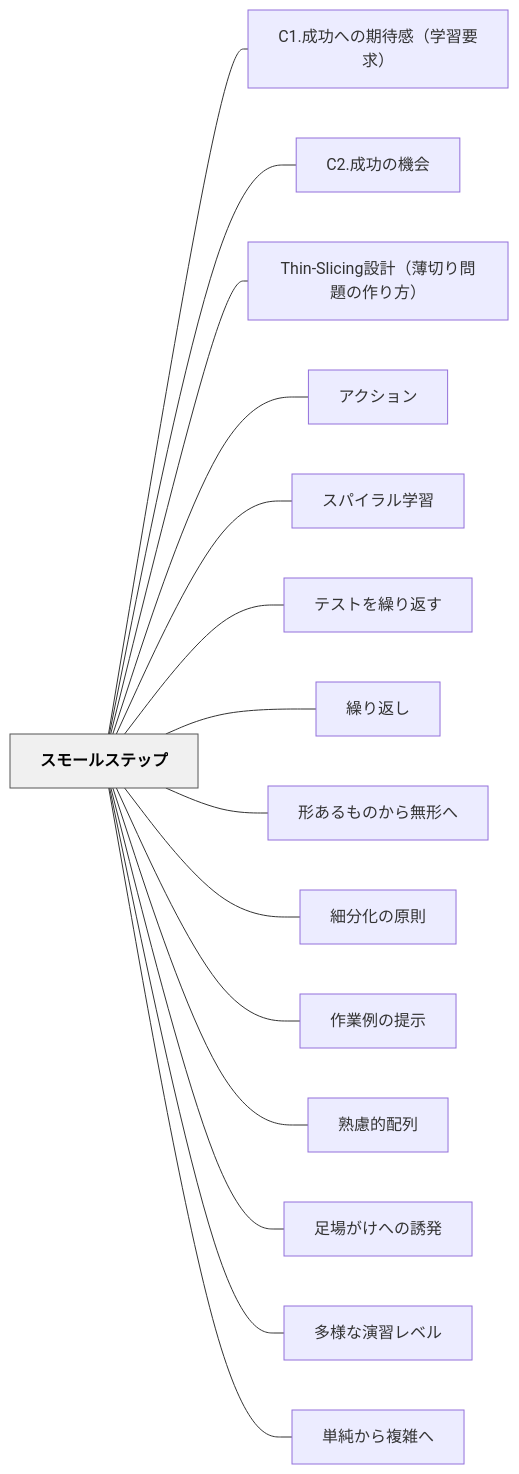
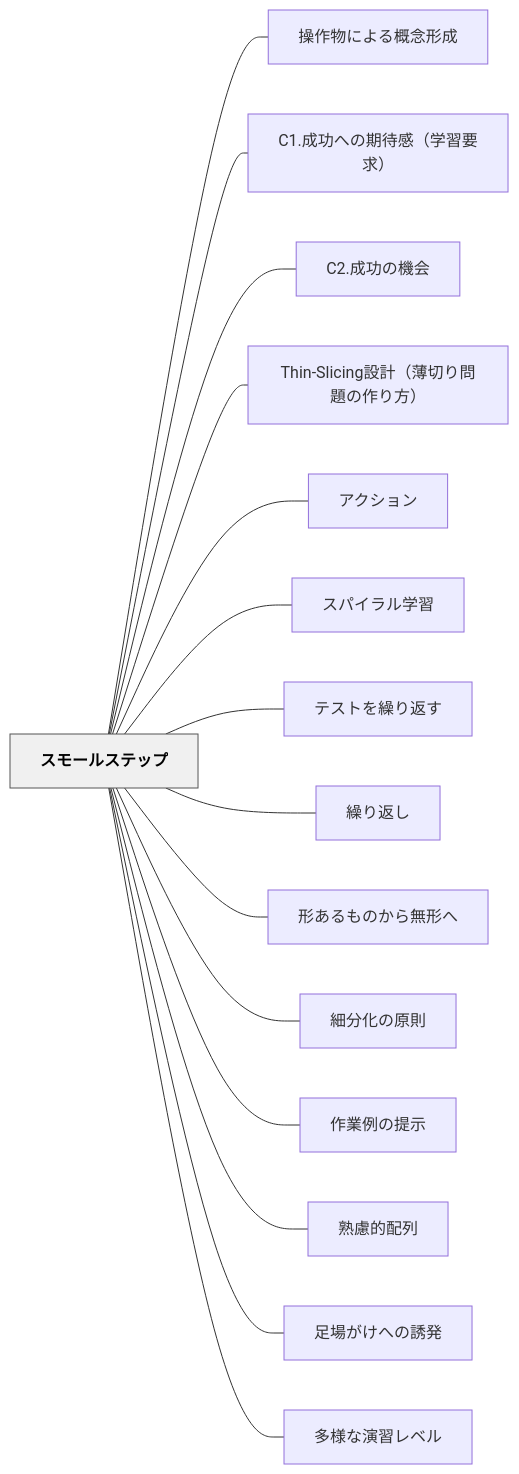
One commit to unknownthings-ed-patterns/unknownthings-ed-patterns changed the diagram in content/パタン/スモールステップ.md. Above: the diagram before and after it, drawn with Mermaid. The commit also changed other lines of this file and 100 other files, not shown here.

````diff
--- a/content/パタン/スモールステップ.md
+++ b/content/パタン/スモールステップ.md
@@ -72,36 +72,36 @@
 ```mermaid
 flowchart LR
     ne382b9e383a2e383bce383abe382b9e38386e38383e38397["スモールステップ"]
+    ne6938de4bd9ce789a9e381abe38288e3828be6a682e5bfb5e5bda2e68890["操作物による概念形成"]
     n43312ee68890e58a9fe381b8e381aee69c9fe5be85e6849fefbc88e5ada6e7bf92e8a681e6b182efbc89["C1.成功への期待感（学習要求）"]
     n43322ee68890e58a9fe381aee6a99fe4bc9a["C2.成功の機会"]
     n5468696e2d536c6963696e67e8a8ade8a888efbc88e89684e58887e3828ae5958fe9a18ce381aee4bd9ce3828ae696b9efbc89["Thin-Slicing設計（薄切り問題の作り方）"]
     ne382a2e382afe382b7e383a7e383b3["アクション"]
     ne382b9e38391e382a4e383a9e383abe5ada6e7bf92["スパイラル学習"]
     ne38386e382b9e38388e38292e7b9b0e3828ae8bf94e38199["テストを繰り返す"]
     ne7b9b0e3828ae8bf94e38197["繰り返し"]
     ne5bda2e38182e3828be38282e381aee3818be38289e784a1e5bda2e381b8["形あるものから無形へ"]
     ne7b4b0e58886e58c96e381aee58e9fe58987["細分化の原則"]
     ne4bd9ce6a5ade4be8be381aee68f90e7a4ba["作業例の提示"]
     ne7869fe685aee79a84e9858de58897["熟慮的配列"]
     ne8b6b3e5a0b4e3818ce38191e381b8e381aee8aa98e799ba["足場がけへの誘発"]
     ne5a49ae6a798e381aae6bc94e7bf92e383ace38399e383ab["多様な演習レベル"]
-    ne58d98e7b494e3818be38289e8a487e99b91e381b8["単純から複雑へ"]
 
+    ne382b9e383a2e383bce383abe382b9e38386e38383e38397 --- ne6938de4bd9ce789a9e381abe38288e3828be6a682e5bfb5e5bda2e68890
     ne382b9e383a2e383bce383abe382b9e38386e38383e38397 --- n43312ee68890e58a9fe381b8e381aee69c9fe5be85e6849fefbc88e5ada6e7bf92e8a681e6b182efbc89
     ne382b9e383a2e383bce383abe382b9e38386e38383e38397 --- n43322ee68890e58a9fe381aee6a99fe4bc9a
     ne382b9e383a2e383bce383abe382b9e38386e38383e38397 --- n5468696e2d536c6963696e67e8a8ade8a888efbc88e89684e58887e3828ae5958fe9a18ce381aee4bd9ce3828ae696b9efbc89
     ne382b9e383a2e383bce383abe382b9e38386e38383e38397 --- ne382a2e382afe382b7e383a7e383b3
     ne382b9e383a2e383bce383abe382b9e38386e38383e38397 --- ne382b9e38391e382a4e383a9e383abe5ada6e7bf92
     ne382b9e383a2e383bce383abe382b9e38386e38383e38397 --- ne38386e382b9e38388e38292e7b9b0e3828ae8bf94e38199
     ne382b9e383a2e383bce383abe382b9e38386e38383e38397 --- ne7b9b0e3828ae8bf94e38197
     ne382b9e383a2e383bce383abe382b9e38386e38383e38397 --- ne5bda2e38182e3828be38282e381aee3818be38289e784a1e5bda2e381b8
     ne382b9e383a2e383bce383abe382b9e38386e38383e38397 --- ne7b4b0e58886e58c96e381aee58e9fe58987
     ne382b9e383a2e383bce383abe382b9e38386e38383e38397 --- ne4bd9ce6a5ade4be8be381aee68f90e7a4ba
     ne382b9e383a2e383bce383abe382b9e38386e38383e38397 --- ne7869fe685aee79a84e9858de58897
     ne382b9e383a2e383bce383abe382b9e38386e38383e38397 --- ne8b6b3e5a0b4e3818ce38191e381b8e381aee8aa98e799ba
     ne382b9e383a2e383bce383abe382b9e38386e38383e38397 --- ne5a49ae6a798e381aae6bc94e7bf92e383ace38399e383ab
-    ne382b9e383a2e383bce383abe382b9e38386e38383e38397 --- ne58d98e7b494e3818be38289e8a487e99b91e381b8
 
     classDef hub fill:#f0f0f0,stroke:#555,color:#000,font-weight:bold
     class ne382b9e383a2e383bce383abe382b9e38386e38383e38397 hub
 ```
````
